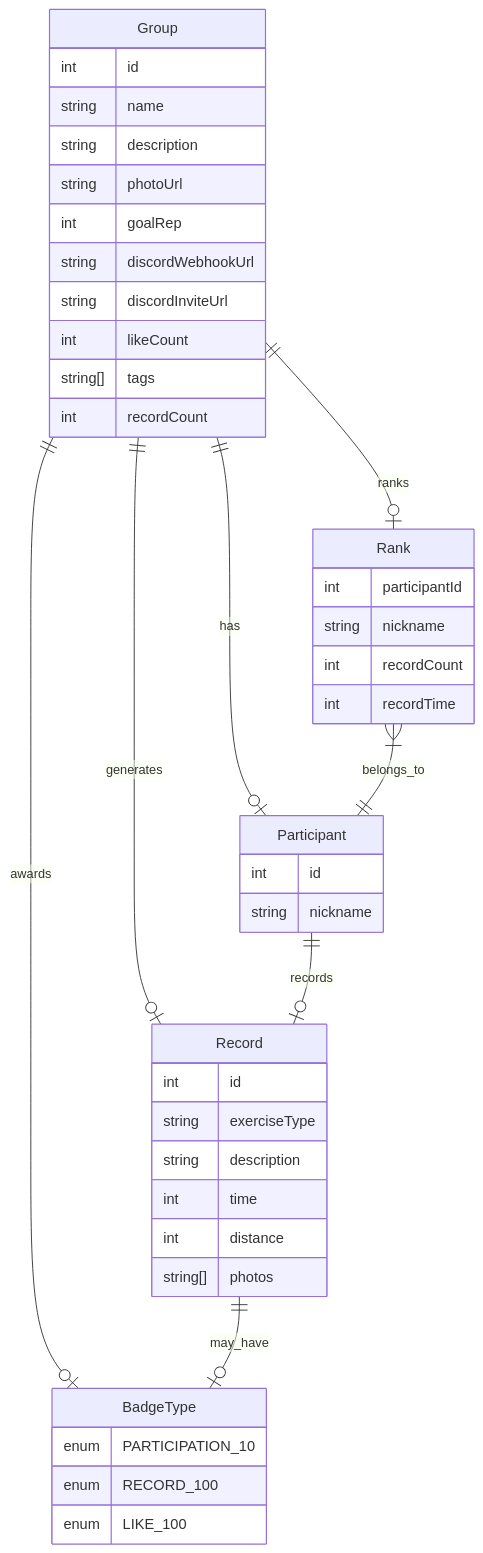
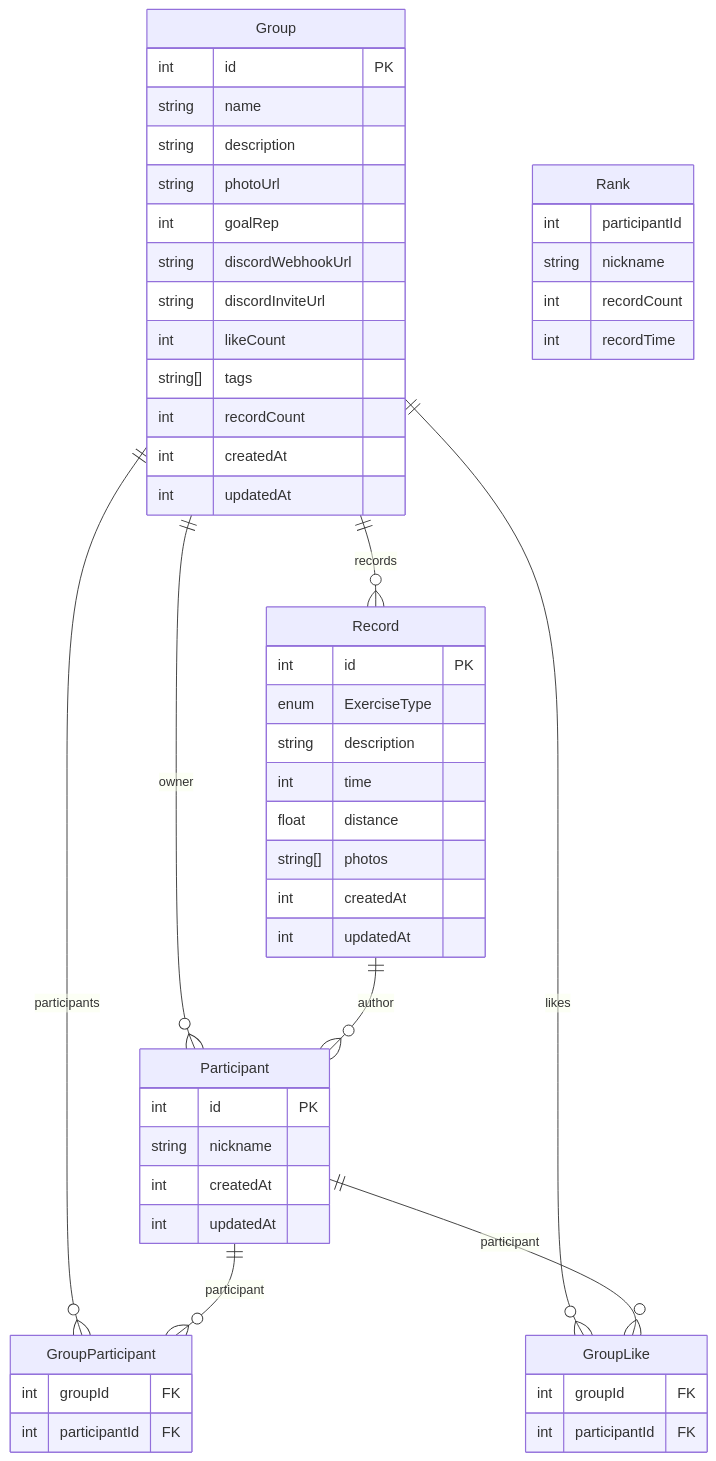
Before and after one commit to funfungun/mermaid: the diagram in README.md, drawn with Mermaid.

````diff
--- a/README.md
+++ b/README.md
@@ -1,46 +1,57 @@
 ```mermaid
 erDiagram
+    Participant {
+        int id PK
+        string nickname
+        int createdAt
+        int updatedAt
+    }
     Group {
-        int id
+        int id PK
         string name
         string description
         string photoUrl
         int goalRep
         string discordWebhookUrl
         string discordInviteUrl
         int likeCount
         string[] tags
         int recordCount
-    }
-    Participant {
-        int id
-        string nickname
+        int createdAt
+        int updatedAt
     }
     Record {
-        int id
-        string exerciseType
+        int id PK
+        enum ExerciseType
         string description
         int time
-        int distance
+        float distance
         string[] photos
+        int createdAt
+        int updatedAt
     }
     Rank {
         int participantId
         string nickname
         int recordCount
         int recordTime
     }
-    BadgeType {
-        enum PARTICIPATION_10
-        enum RECORD_100
-        enum LIKE_100
+
+    GroupParticipant {
+        int groupId FK
+        int participantId FK
     }
 
-    Group ||--o| Participant: "has"
-    Group ||--o| Record: "generates"
-    Group ||--o| Rank: "ranks"
-    Group ||--o| BadgeType: "awards"
-    Participant ||--o| Record: "records"
-    Rank }|--|| Participant: "belongs_to"
-    Record ||--o| BadgeType: "may_have"
+    GroupLike {
+        int groupId FK
+        int participantId FK
+    }
+
+    Group ||--o{ Participant : owner
+    Group ||--o{ GroupParticipant : participants
+    Participant ||--o{ GroupParticipant : participant
+    Group ||--o{ Record : records
+    Record ||--o{ Participant : author
+    Group ||--o{ GroupLike : likes
+    Participant ||--o{ GroupLike : participant
 ```
````
